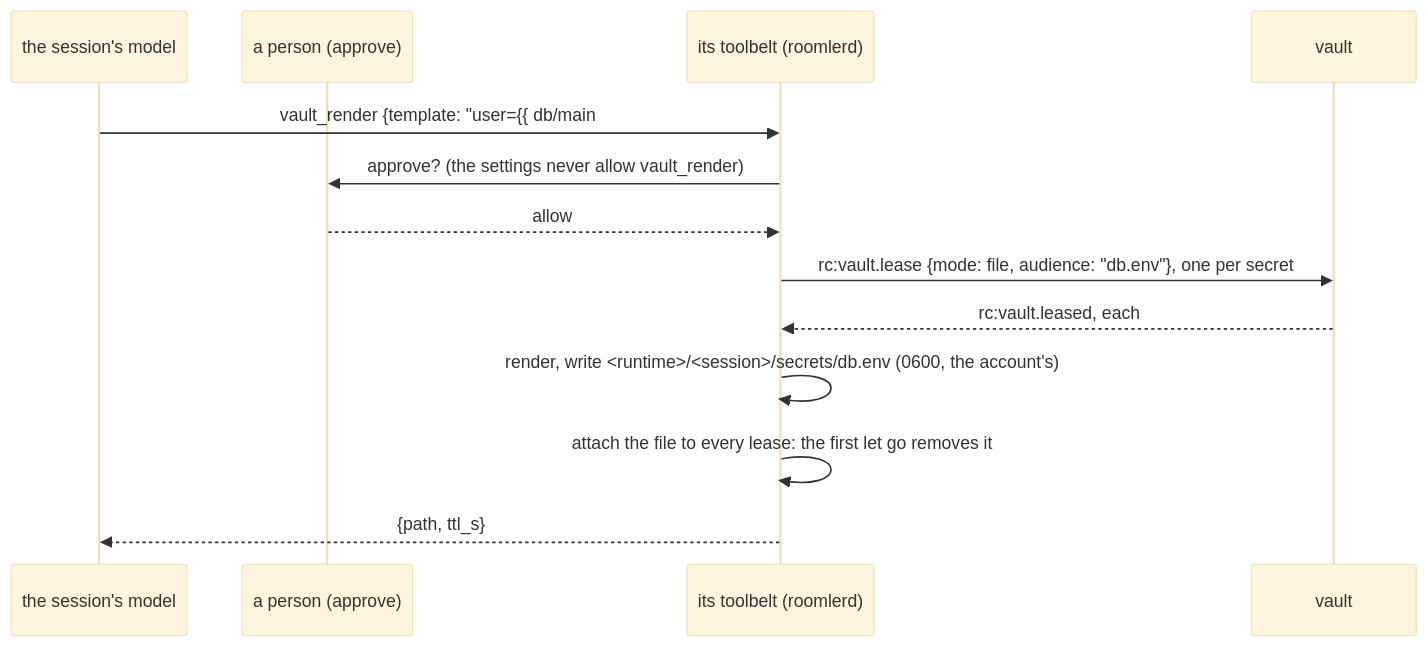
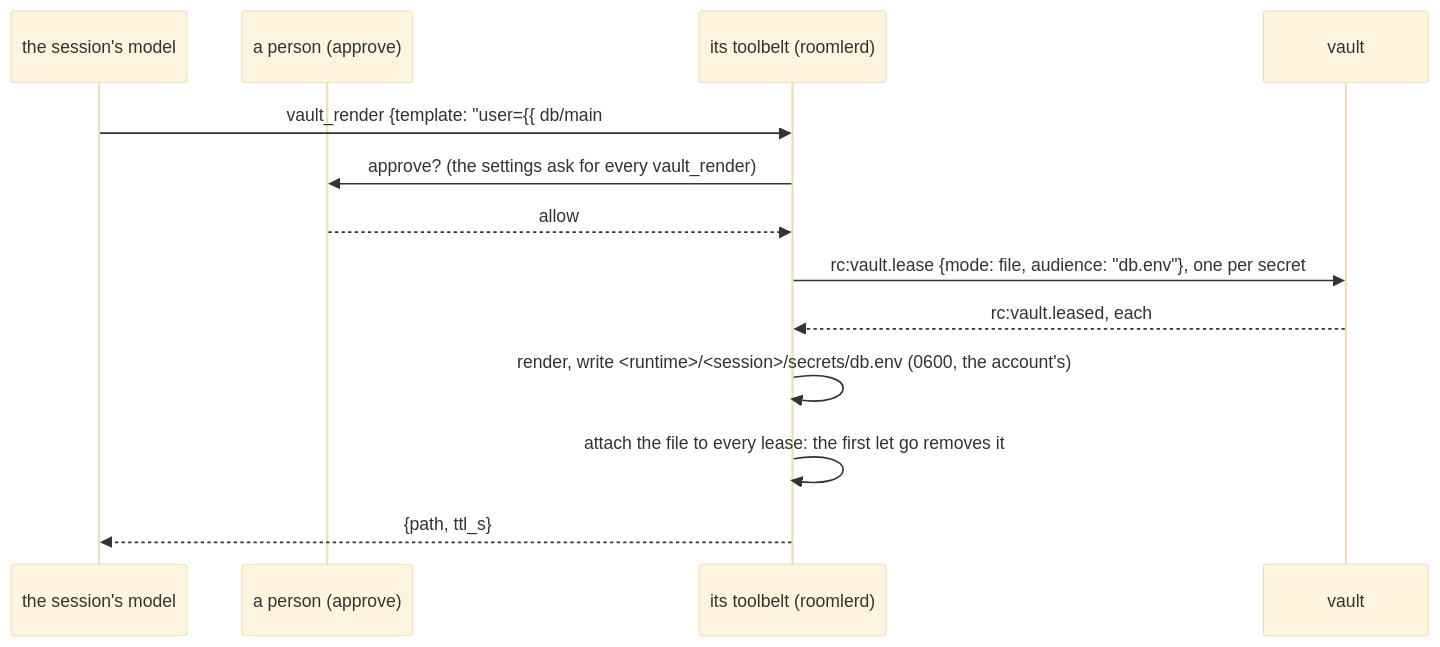
Before and after one commit to gjovanov/roomler-ai: the tenth of 10 diagrams in docs/vault.md, drawn with Mermaid (base theme). The commit also changed other lines of this file and 9 other files, not shown here.

First line of the commit message:
fix(fr-90): the vault's uses are ASKED for in the session's settings — a repository's own allow rule could skip the person (#2486)

````diff
--- a/docs/vault.md
+++ b/docs/vault.md
@@ -771,15 +786,15 @@
 ```mermaid
 sequenceDiagram
     participant M as the session's model
     participant A as a person (approve)
     participant T as its toolbelt (roomlerd)
     participant V as vault
     M->>T: vault_render {template: "user={{ db/main#user }}\npass={{ db/main#password }}", dest: "db.env"}
-    T->>A: approve? (the settings never allow vault_render)
+    T->>A: approve? (the settings ask for every vault_render)
     A-->>T: allow
     T->>V: rc:vault.lease {mode: file, audience: "db.env"}, one per secret
     V-->>T: rc:vault.leased, each
     T->>T: render, write <runtime>/<session>/secrets/db.env (0600, the account's)
     T->>T: attach the file to every lease: the first let go removes it
     T-->>M: {path, ttl_s}
 ```
````
